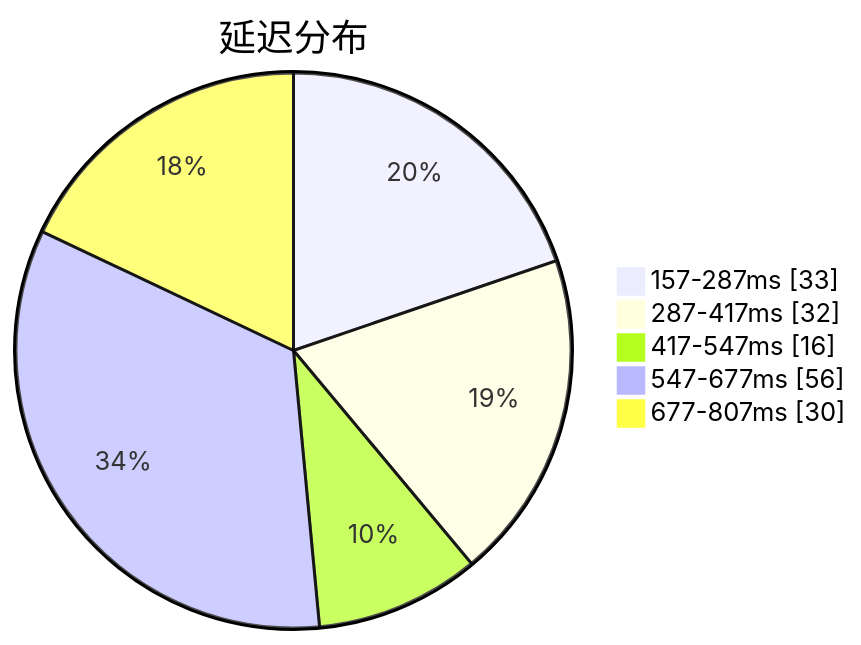
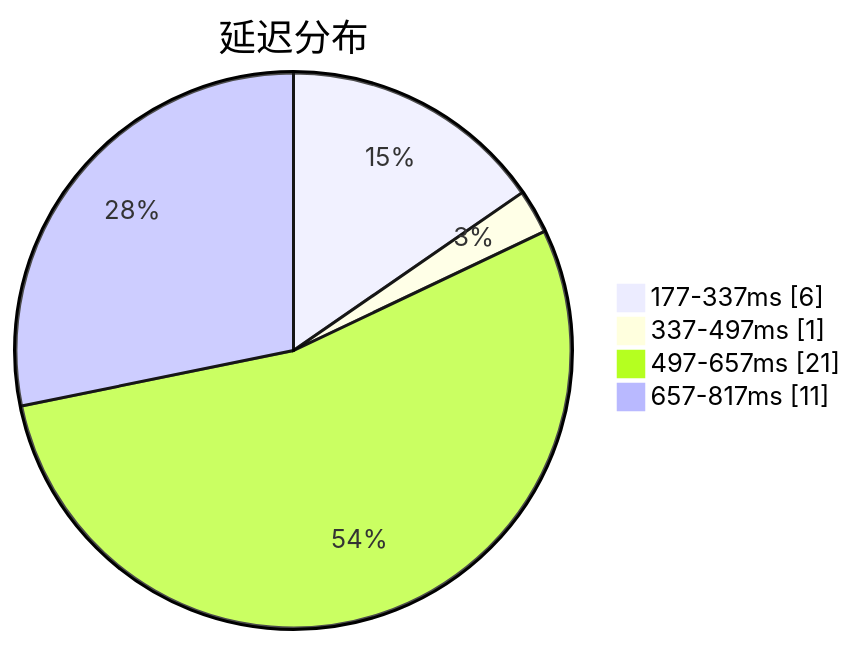
One commit to qjlxg/airport changed the first of 3 diagrams in subs/statistics/tested_within.md. Above: the diagram before and after it, drawn with Mermaid. The commit also changed other lines of this file and 2 other files, not shown here.

````diff
--- a/subs/statistics/tested_within.md
+++ b/subs/statistics/tested_within.md
@@ -2,9 +2,8 @@
 ```mermaid
 pie showData
 title 延迟分布
-"157-287ms" : 33
-"287-417ms" : 32
-"417-547ms" : 16
-"547-677ms" : 56
-"677-807ms" : 30
+"177-337ms" : 6
+"337-497ms" : 1
+"497-657ms" : 21
+"657-817ms" : 11
 ```
````
